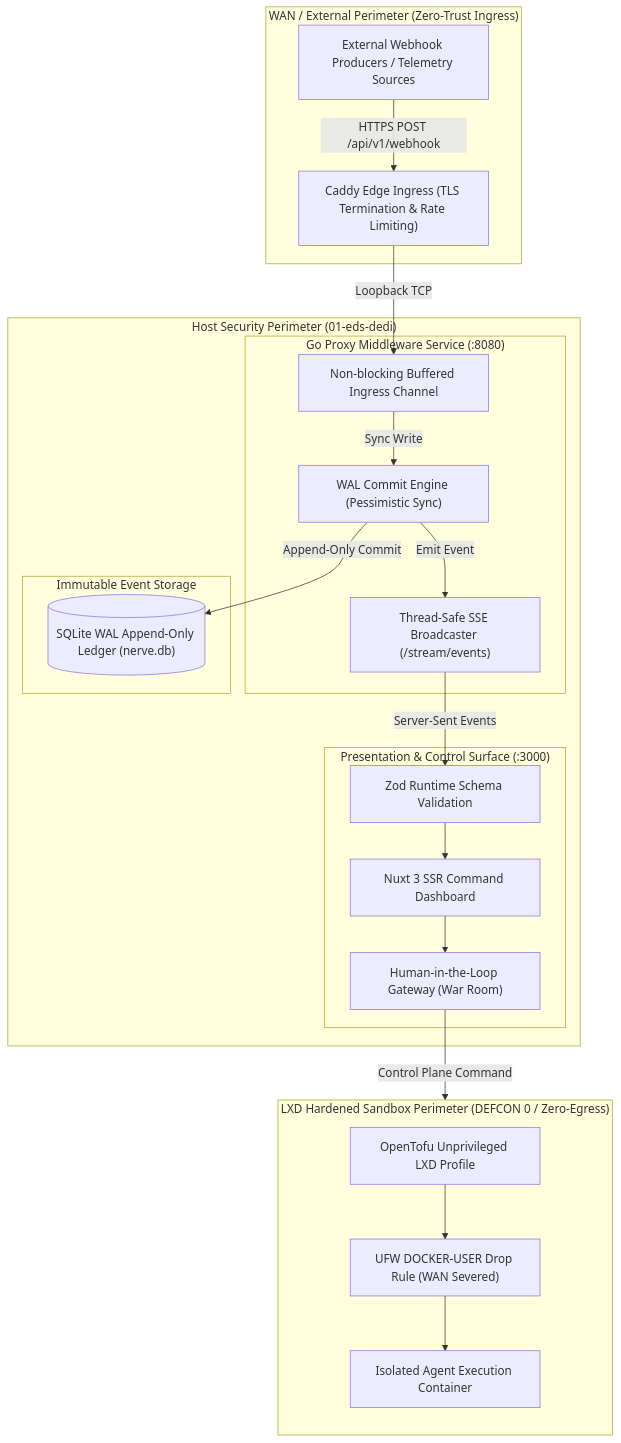
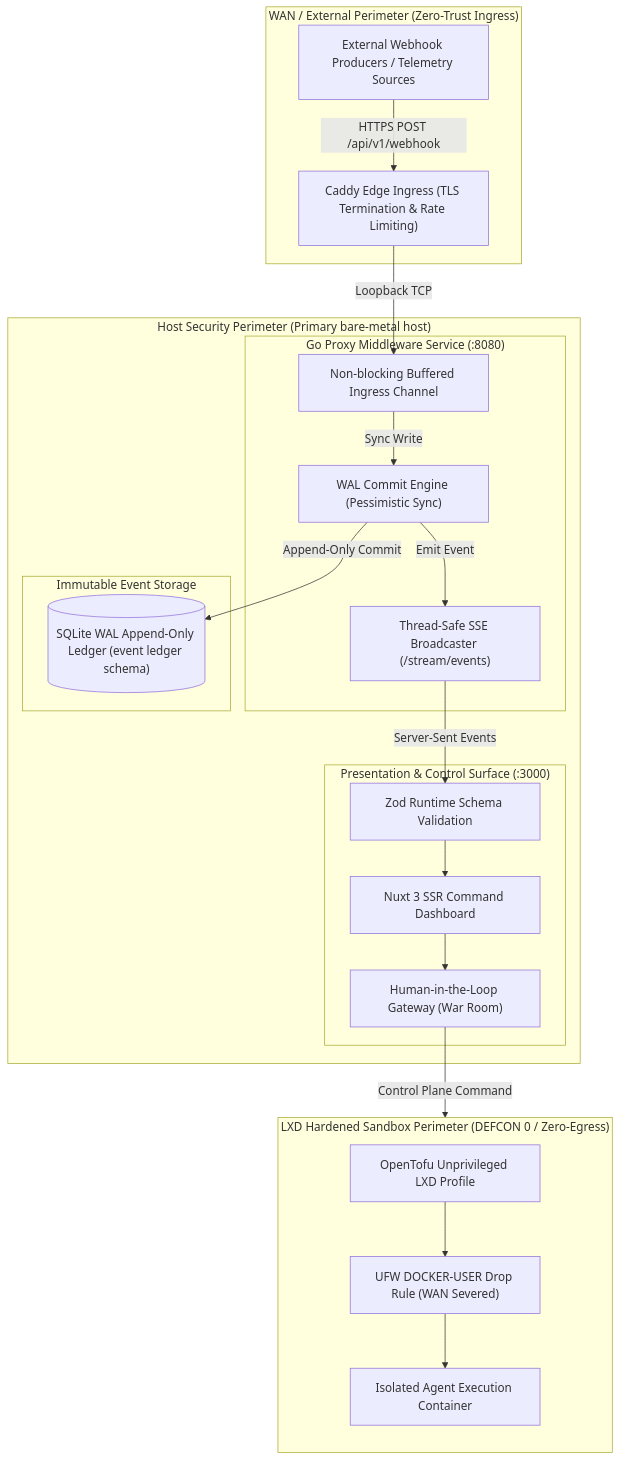
The diagram in projects/01-event-sourcing-operations-hub/diagrams/architecture.mmd (unexcitement/public-portfolio), drawn with Mermaid before and after one commit. The commit also changed 15 other files, not shown here.

```diff
--- a/projects/01-event-sourcing-operations-hub/diagrams/architecture.mmd
+++ b/projects/01-event-sourcing-operations-hub/diagrams/architecture.mmd
@@ -1,42 +1,42 @@
 flowchart TB
     subgraph IngressBoundary["WAN / External Perimeter (Zero-Trust Ingress)"]
         Client["External Webhook Producers / Telemetry Sources"]
         ReverseProxy["Caddy Edge Ingress (TLS Termination & Rate Limiting)"]
     end
 
-    subgraph HostBoundary["Host Security Perimeter (01-eds-dedi)"]
+    subgraph HostBoundary["Host Security Perimeter (Primary bare-metal host)"]
         subgraph ProxyPerimeter["Go Proxy Middleware Service (:8080)"]
             IngressChan["Non-blocking Buffered Ingress Channel"]
             WALEngine["WAL Commit Engine (Pessimistic Sync)"]
             SSEBroadcaster["Thread-Safe SSE Broadcaster (/stream/events)"]
         end
 
         subgraph StorageLayer["Immutable Event Storage"]
-            SQLiteWAL[("SQLite WAL Append-Only Ledger (nerve.db)")]
+            SQLiteWAL[("SQLite WAL Append-Only Ledger (event ledger schema)")]
         end
 
         subgraph UIBoundary["Presentation & Control Surface (:3000)"]
             NuxtUI["Nuxt 3 SSR Command Dashboard"]
             ZodValidator["Zod Runtime Schema Validation"]
             WarRoom["Human-in-the-Loop Gateway (War Room)"]
         end
     end
 
     subgraph LXDSandboxPerimeter["LXD Hardened Sandbox Perimeter (DEFCON 0 / Zero-Egress)"]
         direction TB
         SandboxProfile["OpenTofu Unprivileged LXD Profile"]
         UFWDrop["UFW DOCKER-USER Drop Rule (WAN Severed)"]
         ExecutionContainer["Isolated Agent Execution Container"]
     end
 
     Client -->|HTTPS POST /api/v1/webhook| ReverseProxy
     ReverseProxy -->|Loopback TCP| IngressChan
     IngressChan -->|Sync Write| WALEngine
     WALEngine -->|Append-Only Commit| SQLiteWAL
     WALEngine -->|Emit Event| SSEBroadcaster
     SSEBroadcaster -->|Server-Sent Events| ZodValidator
     ZodValidator --> NuxtUI
     NuxtUI --> WarRoom
     WarRoom -->|Control Plane Command| SandboxProfile
     SandboxProfile --> UFWDrop
     UFWDrop --> ExecutionContainer
```
